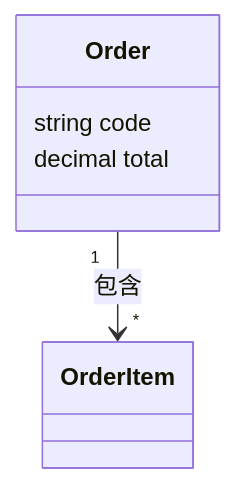
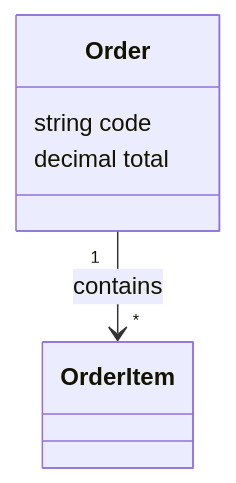
The third of 6 diagrams in shared/references/diagram-syntax.md (cpd13868584/abcd), drawn with Mermaid before and after one commit. The commit also changed other lines of this file and 13 other files, not shown here.

````diff
--- a/shared/references/diagram-syntax.md
+++ b/shared/references/diagram-syntax.md
@@ -50,8 +50,8 @@
 ```mermaid
 classDiagram
     class Order {
       string code
       decimal total
     }
-    Order "1" --> "*" OrderItem : 包含
+    Order "1" --> "*" OrderItem : contains
 ```
````
